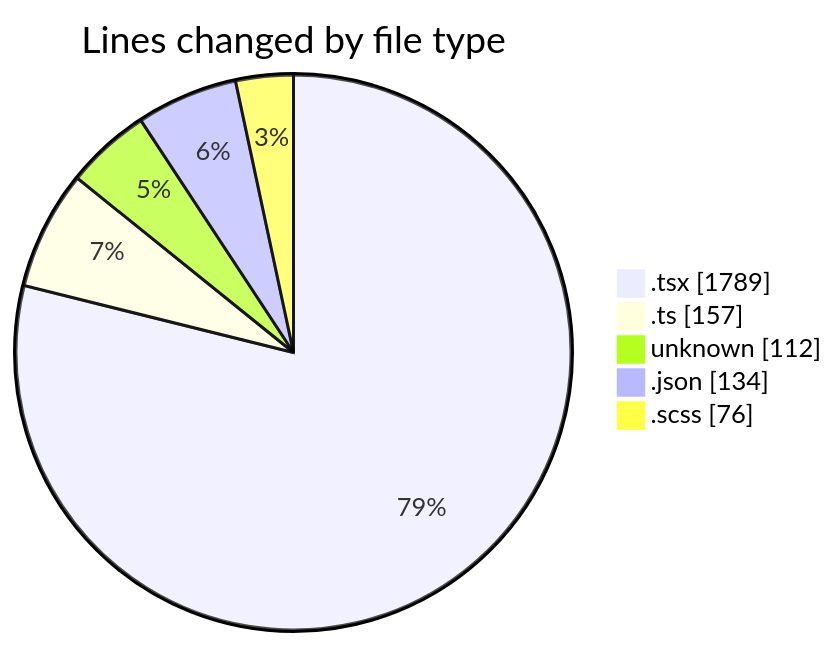
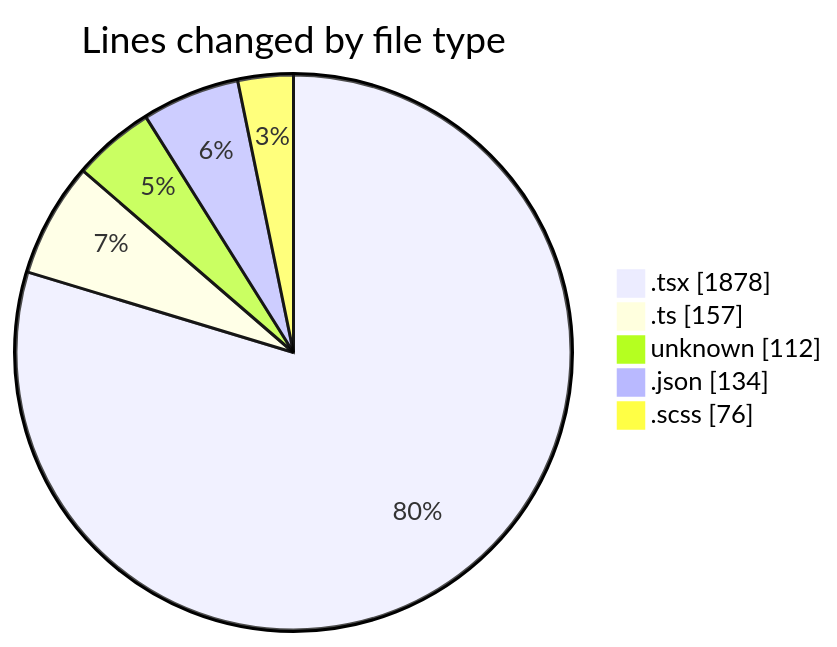
Before and after one commit to momahboobian/code-tracking: the first of 2 diagrams in 2026-04-28/cda/README.md, drawn with Mermaid. The commit also changed other lines of this file and 1 other file, not shown here.

````diff
--- a/2026-04-28/cda/README.md
+++ b/2026-04-28/cda/README.md
@@ -43,9 +44,9 @@
 ```mermaid
 pie showData
 title Lines changed by file type
-".tsx" : 1789
+".tsx" : 1878
 ".ts" : 157
 "unknown" : 112
 ".json" : 134
 ".scss" : 76
 ```
````
